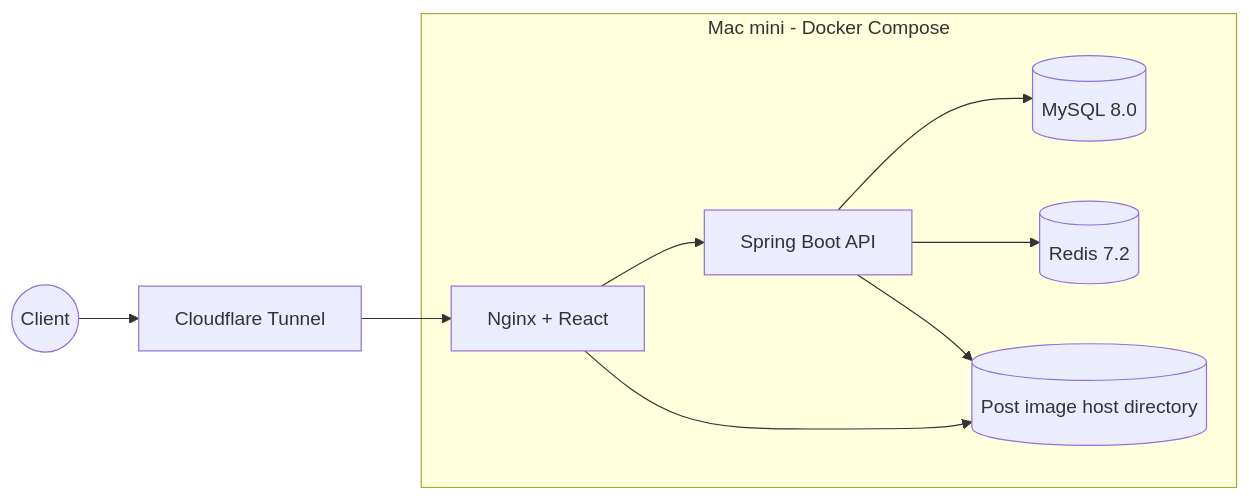
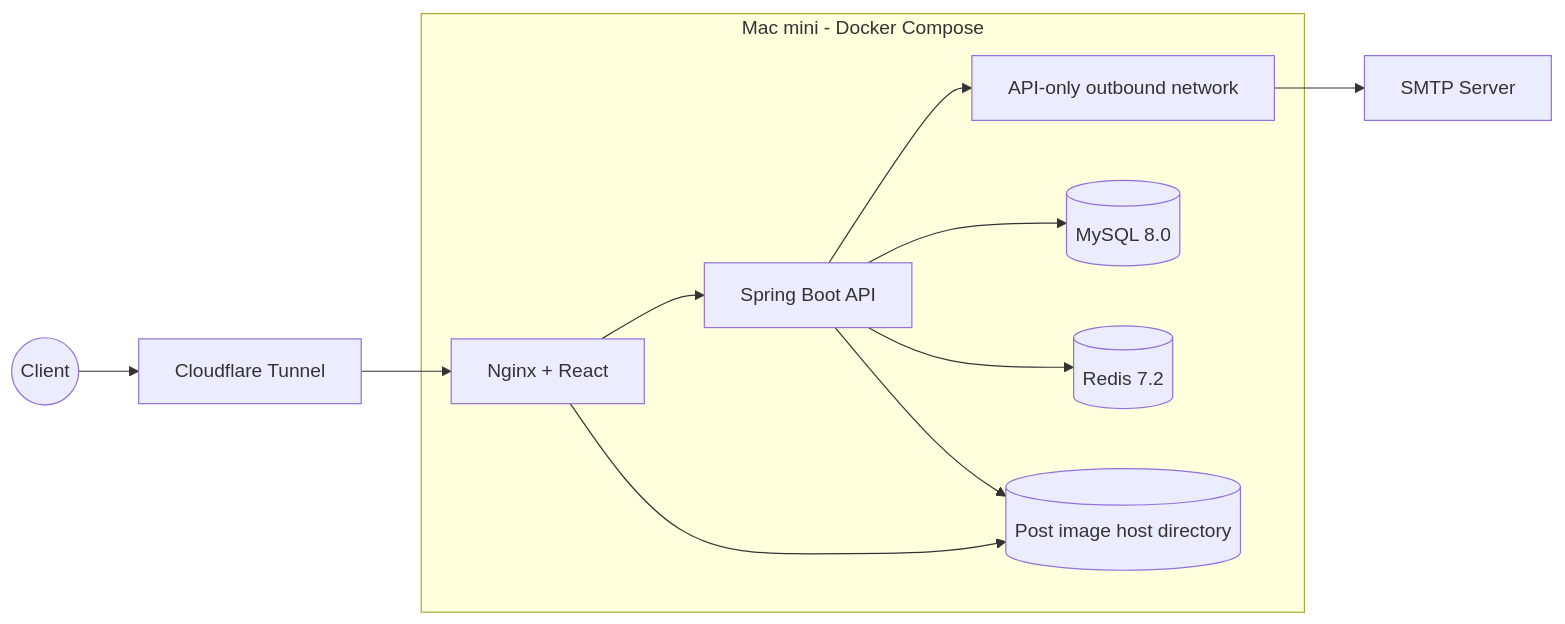
One commit to xxh3898/cubing-hub changed the first of 2 diagrams in docs/System Architecture.md. Above: the diagram before and after it, drawn with Mermaid. The commit also changed other lines of this file and 4 other files, not shown here.

First line of the commit message:
fix: API 외부 연동용 outbound network 추가

````diff
--- a/docs/System Architecture.md
+++ b/docs/System Architecture.md
@@ -5,21 +5,25 @@
 ```mermaid
 flowchart LR
     Client((Client))
     CF[Cloudflare Tunnel]
+    SMTP[SMTP Server]
 
     subgraph MacMini["Mac mini - Docker Compose"]
         Web[Nginx + React]
         API[Spring Boot API]
+        Outbound[API-only outbound network]
         MySQL[(MySQL 8.0)]
         Redis[(Redis 7.2)]
         Images[(Post image host directory)]
     end
 
     Client --> CF
     CF --> Web
     Web --> API
     Web --> Images
     API --> MySQL
     API --> Redis
     API --> Images
+    API --> Outbound
+    Outbound --> SMTP
 ```
````
